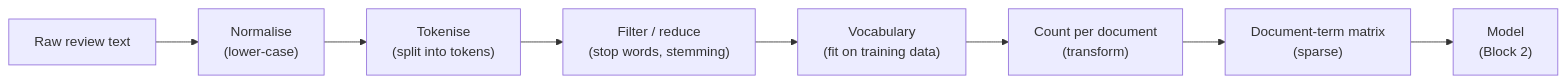
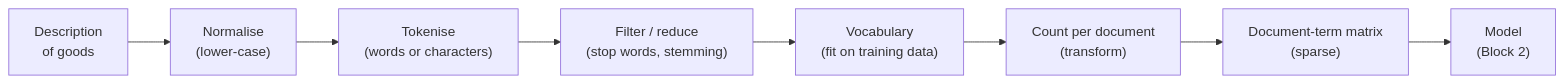
One commit to khoadaniel/statistical-programming-mpmd-htw-ws-2026 changed the first of 2 diagrams in sessions/13-classical-nlp/theory/01-text-as-data.md. Above: the diagram before and after it, drawn with Mermaid. The commit also changed other lines of this file and 268 other files, not shown here.

````diff
--- a/sessions/13-classical-nlp/theory/01-text-as-data.md
+++ b/sessions/13-classical-nlp/theory/01-text-as-data.md
@@ -7,10 +9,10 @@
 ```mermaid
 flowchart LR
-    A["Raw review text"] --> B["Normalise<br/>(lower-case)"]
-    B --> C["Tokenise<br/>(split into tokens)"]
+    A["Description<br/>of goods"] --> B["Normalise<br/>(lower-case)"]
+    B --> C["Tokenise<br/>(words or characters)"]
     C --> D["Filter / reduce<br/>(stop words, stemming)"]
     D --> E["Vocabulary<br/>(fit on training data)"]
     E --> F["Count per document<br/>(transform)"]
     F --> G["Document-term matrix<br/>(sparse)"]
     G --> H["Model<br/>(Block 2)"]
 ```
````
